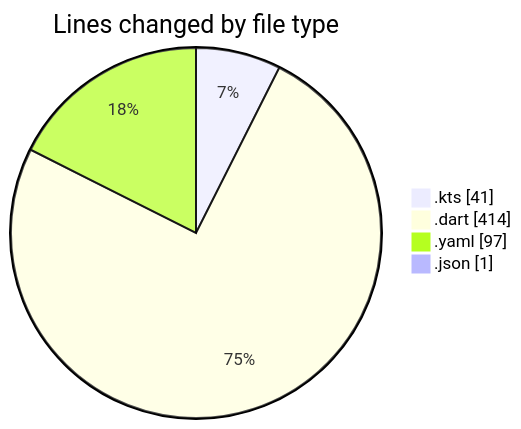
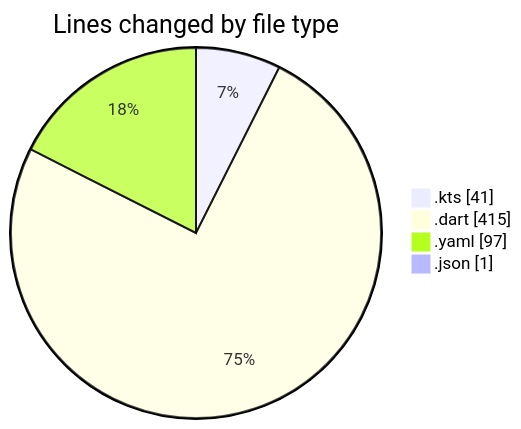
The first of 2 diagrams in 2025-10-20/weather_insights_app/README.md (donsfak/code-tracking), drawn with Mermaid before and after one commit. The commit also changed other lines of this file and 1 other file, not shown here.

````diff
--- a/2025-10-20/weather_insights_app/README.md
+++ b/2025-10-20/weather_insights_app/README.md
@@ -26,8 +26,8 @@
 ```mermaid
 pie showData
 title Lines changed by file type
 ".kts" : 41
-".dart" : 414
+".dart" : 415
 ".yaml" : 97
 ".json" : 1
 ```
````
